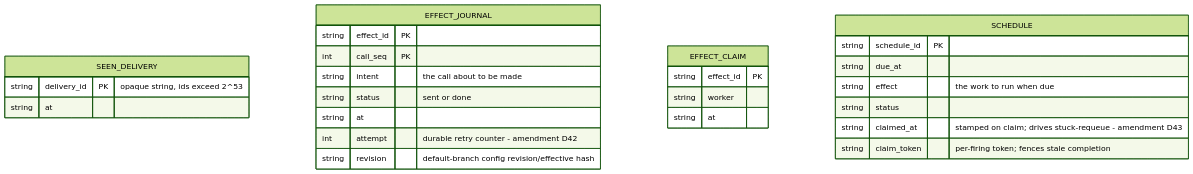
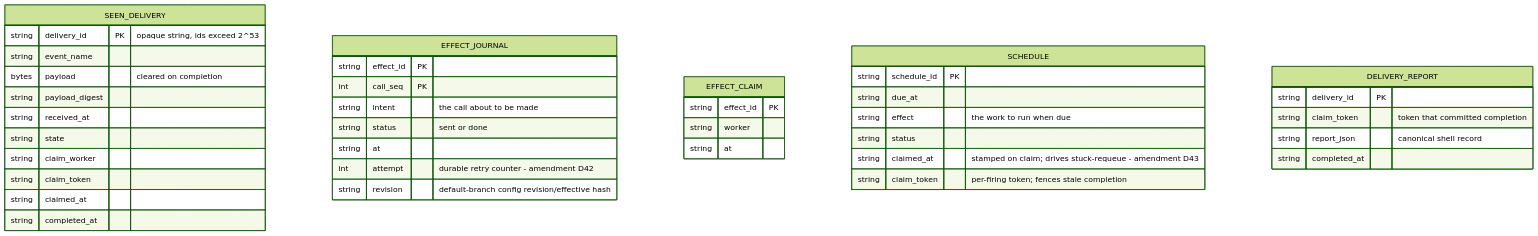
The second of 2 diagrams in design/operations/storage-decision.md (cheese-cakee/sdk-automations), drawn with Mermaid (forest theme) before and after one commit. The commit also changed other lines of this file and 19 other files, not shown here.

Commit message:
Make delivery report completion atomic

````diff
--- a/design/operations/storage-decision.md
+++ b/design/operations/storage-decision.md
@@ -58,29 +60,43 @@
   ```mermaid
   erDiagram
       SEEN_DELIVERY {
           string delivery_id PK "opaque string, ids exceed 2^53"
-          string at
+          string event_name
+          bytes payload "cleared on completion"
+          string payload_digest
+          string received_at
+          string state
+          string claim_worker
+          string claim_token
+          string claimed_at
+          string completed_at
       }
       EFFECT_JOURNAL {
           string effect_id PK
           int call_seq PK
           string intent "the call about to be made"
           string status "sent or done"
           string at
           int attempt "durable retry counter - amendment D42"
           string revision "default-branch config revision/effective hash"
       }
       EFFECT_CLAIM {
           string effect_id PK
           string worker
           string at
       }
       SCHEDULE {
           string schedule_id PK
           string due_at
           string effect "the work to run when due"
           string status
           string claimed_at "stamped on claim; drives stuck-requeue - amendment D43"
           string claim_token "per-firing token; fences stale completion"
       }
+      DELIVERY_REPORT {
+          string delivery_id PK
+          string claim_token "token that committed completion"
+          string report_json "canonical shell record"
+          string completed_at
+      }
   ```
````
